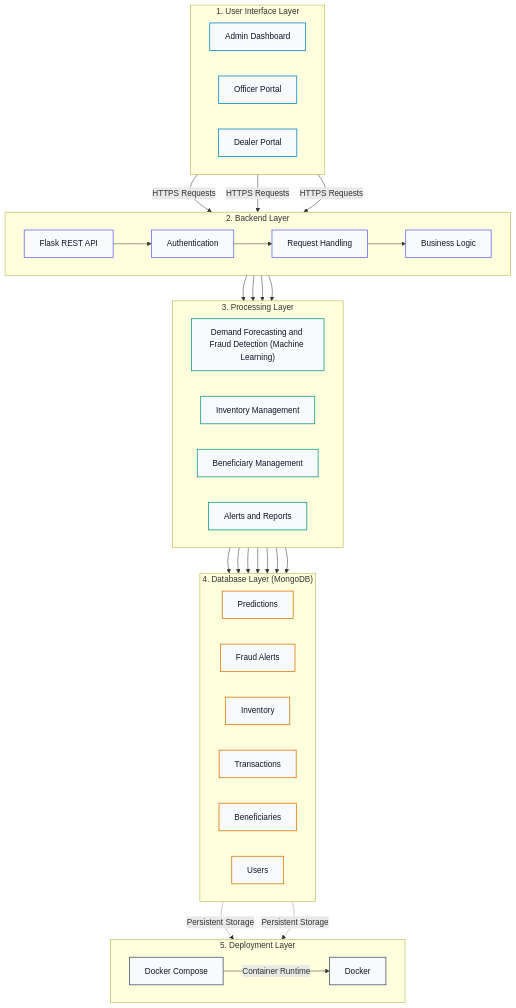
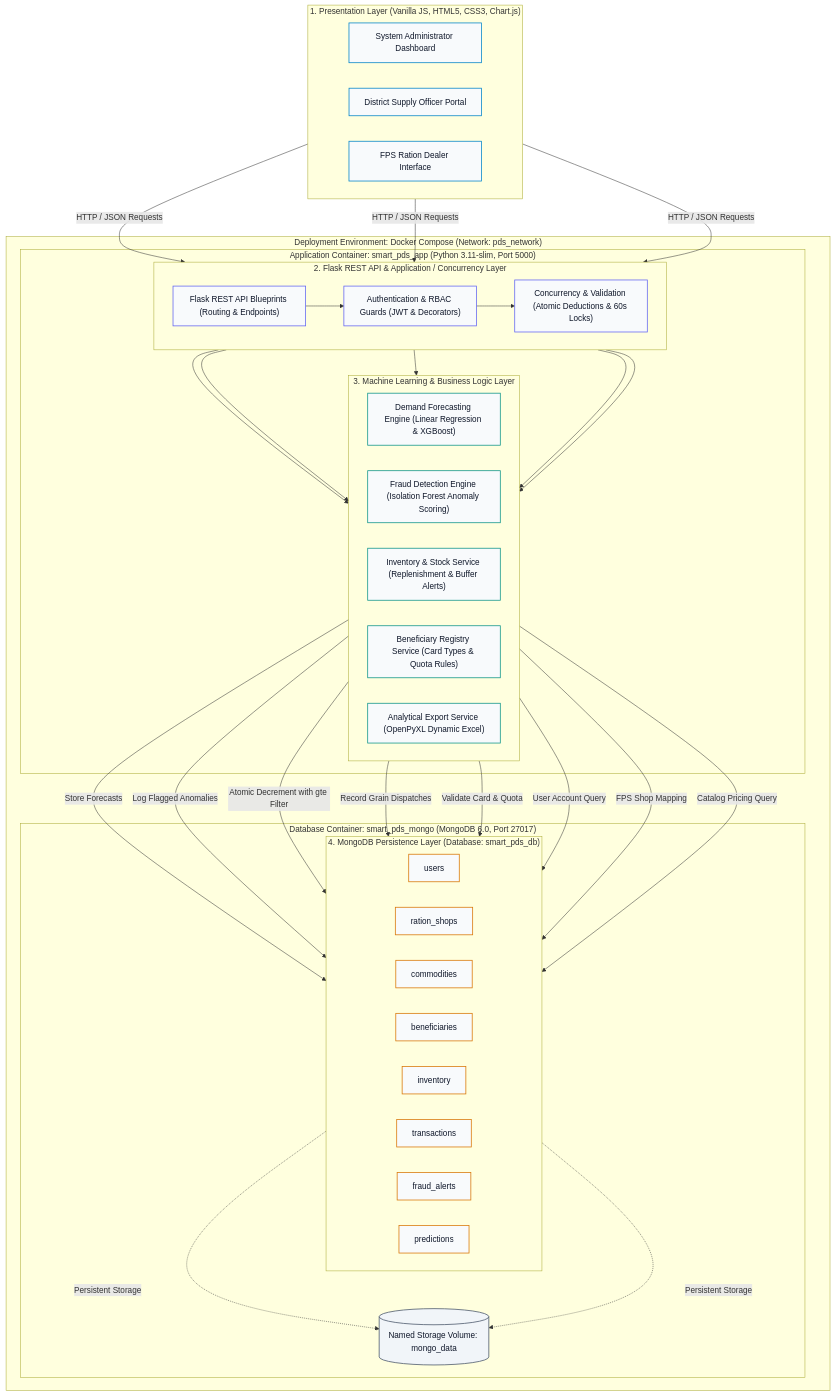
Before and after one commit to fawaz165/AI-Powered-Smart-PDS: the first of 2 diagrams in README.md, drawn with Mermaid. The commit also changed other lines of this file, not shown here.

Commit message:
docs: finalize README with verified architecture, environment specifications, and academic ML audit details

````diff
--- a/README.md
+++ b/README.md
@@ -68,86 +95,85 @@
 ```mermaid
 flowchart TD
     %% ========================================================
-    %% 1. USER INTERFACE LAYER
+    %% 1. PRESENTATION LAYER (CLIENT-SIDE)
     %% ========================================================
-    subgraph Layer1 ["1. User Interface Layer"]
+    subgraph Tier1 ["1. Presentation Layer (Vanilla JS, HTML5, CSS3, Chart.js)"]
         direction LR
-        UI_Admin["Admin Dashboard"]
-        UI_Officer["Officer Portal"]
-        UI_Dealer["Dealer Portal"]
+        UI_Admin["System Administrator Dashboard"]
+        UI_Officer["District Supply Officer Portal"]
+        UI_Dealer["FPS Ration Dealer Interface"]
     end
 
     %% ========================================================
-    %% 2. BACKEND LAYER
+    %% DOCKER COMPOSE HOSTING ENVIRONMENT
     %% ========================================================
-    subgraph Layer2 ["2. Backend Layer"]
-        direction LR
-        BE_API["Flask REST API"]
-        BE_Auth["Authentication"]
-        BE_Req["Request Handling"]
-        BE_Logic["Business Logic"]
+    subgraph DockerEnv ["Deployment Environment: Docker Compose (Network: pds_network)"]
+
+        subgraph AppContainer ["Application Container: smart_pds_app (Python 3.11-slim, Port 5000)"]
+            %% 2. APPLICATION & CONCURRENCY LAYER
+            subgraph Tier2 ["2. Flask REST API & Application / Concurrency Layer"]
+                direction LR
+                API_Gateway["Flask REST API Blueprints (Routing & Endpoints)"]
+                API_Auth["Authentication & RBAC Guards (JWT & Decorators)"]
+                API_Lock["Concurrency & Validation (Atomic Deductions & 60s Locks)"]
+            end
+
+            %% 3. ML & BUSINESS LOGIC LAYER
+            subgraph Tier3 ["3. Machine Learning & Business Logic Layer"]
+                direction LR
+                ML_Demand["Demand Forecasting Engine (Linear Regression & XGBoost)"]
+                ML_Fraud["Fraud Detection Engine (Isolation Forest Anomaly Scoring)"]
+                SVC_Inv["Inventory & Stock Service (Replenishment & Buffer Alerts)"]
+                SVC_Ben["Beneficiary Registry Service (Card Types & Quota Rules)"]
+                SVC_Rep["Analytical Export Service (OpenPyXL Dynamic Excel)"]
+            end
+        end
+
+        subgraph MongoContainer ["Database Container: smart_pds_mongo (MongoDB 6.0, Port 27017)"]
+            %% 4. PERSISTENCE LAYER
+            subgraph Tier4 ["4. MongoDB Persistence Layer (Database: smart_pds_db)"]
+                direction LR
+                DB_Users["users"]
+                DB_Shops["ration_shops"]
+                DB_Commodities["commodities"]
+                DB_Beneficiaries["beneficiaries"]
+                DB_Inventory["inventory"]
+                DB_Transactions["transactions"]
+                DB_Fraud["fraud_alerts"]
+                DB_Predictions["predictions"]
+            end
+
+            DB_Volume[("Named Storage Volume: mongo_data")]
+        end
     end
 
     %% ========================================================
-    %% 3. PROCESSING LAYER
+    %% DATA FLOW (HTTP PROTOCOL)
     %% ========================================================
-    subgraph Layer3 ["3. Processing Layer"]
-        direction LR
-        PR_ML["Demand Forecasting and Fraud Detection (Machine Learning)"]
-        PR_Inv["Inventory Management"]
-        PR_Ben["Beneficiary Management"]
-        PR_Rep["Alerts and Reports"]
-    end
+    UI_Admin -->|HTTP / JSON Requests| API_Gateway
+    UI_Officer -->|HTTP / JSON Requests| API_Gateway
+    UI_Dealer -->|HTTP / JSON Requests| API_Gateway
 
-    %% ========================================================
-    %% 4. DATABASE LAYER
-    %% ========================================================
-    subgraph Layer4 ["4. Database Layer (MongoDB)"]
-        direction LR
-        DB_Pred["Predictions"]
-        DB_Fraud["Fraud Alerts"]
-        DB_Inv["Inventory"]
-        DB_Txn["Transactions"]
-        DB_Ben["Beneficiaries"]
-        DB_Users["Users"]
-    end
+    API_Gateway --> API_Auth
+    API_Auth --> API_Lock
 
-    %% ========================================================
-    %% 5. DEPLOYMENT LAYER
-    %% ========================================================
-    subgraph Layer5 ["5. Deployment Layer"]
-        direction LR
-        DEP_Docker["Docker"]
-        DEP_Compose["Docker Compose"]
-    end
+    API_Lock --> ML_Demand
+    API_Lock --> ML_Fraud
+    API_Lock --> SVC_Inv
+    API_Lock --> SVC_Ben
+    API_Lock --> SVC_Rep
 
-    %% ========================================================
-    %% DATA FLOW (TOP-TO-BOTTOM STRICT HIERARCHY)
-    %% ========================================================
-    UI_Admin -->|HTTPS Requests| BE_API
-    UI_Officer -->|HTTPS Requests| BE_API
-    UI_Dealer -->|HTTPS Requests| BE_API
+    ML_Demand -->|Store Forecasts| DB_Predictions
+    ML_Fraud -->|Log Flagged Anomalies| DB_Fraud
+    SVC_Inv -->|Atomic Decrement with gte Filter| DB_Inventory
+    SVC_Inv -->|Record Grain Dispatches| DB_Transactions
+    SVC_Ben -->|Validate Card & Quota| DB_Beneficiaries
+    SVC_Ben -->|User Account Query| DB_Users
+    SVC_Ben -->|FPS Shop Mapping| DB_Shops
+    SVC_Inv -->|Catalog Pricing Query| DB_Commodities
 
-    BE_API --> BE_Auth
-    BE_Auth --> BE_Req
-    BE_Req --> BE_Logic
-
-    BE_Logic --> PR_ML
-    BE_Logic --> PR_Inv
-    BE_Logic --> PR_Ben
-    BE_Logic --> PR_Rep
-
-    PR_ML --> DB_Pred
-    PR_ML --> DB_Fraud
-    PR_Inv --> DB_Inv
-    PR_Inv --> DB_Txn
-    PR_Ben --> DB_Ben
-    PR_Ben --> DB_Users
-    PR_Rep --> DB_Inv
-
-    DB_Inv -.->|Persistent Storage| DEP_Compose
-    DB_Txn -.->|Persistent Storage| DEP_Compose
-    DEP_Compose -->|Container Runtime| DEP_Docker
+    DB_Inventory -.->|Persistent Storage| DB_Volume
+    DB_Transactions -.->|Persistent Storage| DB_Volume
 
     %% ========================================================
     %% MINIMAL PROFESSIONAL COLOR PALETTE
@@ -156,11 +182,11 @@
     classDef beStyle fill:#F8FAFC,stroke:#6366F1,stroke-width:1.5px,color:#0F172A;
     classDef prStyle fill:#F8FAFC,stroke:#0D9488,stroke-width:1.5px,color:#0F172A;
     classDef dbStyle fill:#F8FAFC,stroke:#D97706,stroke-width:1.5px,color:#0F172A;
-    classDef depStyle fill:#F8FAFC,stroke:#475569,stroke-width:1.5px,color:#0F172A;
+    classDef volStyle fill:#F1F5F9,stroke:#475569,stroke-width:1.5px,color:#0F172A;
 
     class UI_Admin,UI_Officer,UI_Dealer uiStyle;
-    class BE_API,BE_Auth,BE_Req,BE_Logic beStyle;
-    class PR_ML,PR_Inv,PR_Ben,PR_Rep prStyle;
-    class DB_Pred,DB_Fraud,DB_Inv,DB_Txn,DB_Ben,DB_Users dbStyle;
-    class DEP_Docker,DEP_Compose depStyle;
+    class API_Gateway,API_Auth,API_Lock beStyle;
+    class ML_Demand,ML_Fraud,SVC_Inv,SVC_Ben,SVC_Rep prStyle;
+    class DB_Users,DB_Shops,DB_Commodities,DB_Beneficiaries,DB_Inventory,DB_Transactions,DB_Fraud,DB_Predictions dbStyle;
+    class DB_Volume volStyle;
 ```
````
